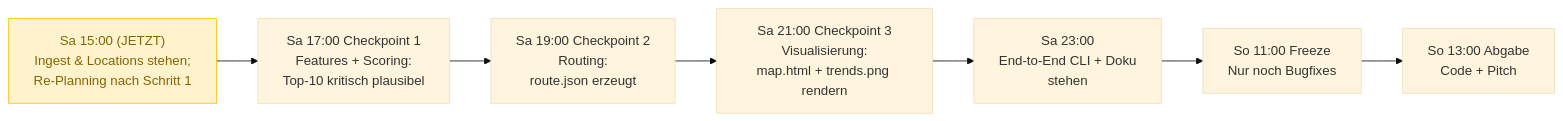
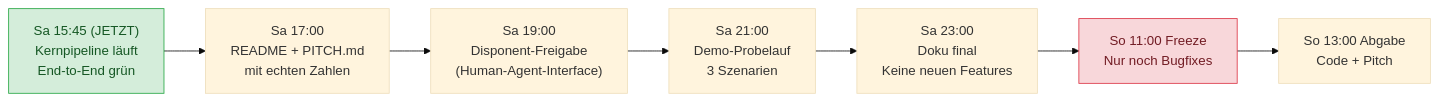
Before and after one commit to smlfg/GlasRoute-PreZero-HHN-FUTURECITYHACKATHON2026: the second of 2 diagrams in docs/STATUS.md, drawn with Mermaid (base theme). The commit also changed other lines of this file and 9 other files, not shown here.

````diff
--- a/docs/STATUS.md
+++ b/docs/STATUS.md
@@ -67,11 +91,12 @@
 ```mermaid
 flowchart LR
-    NOW["Sa 15:00 (JETZT)<br/>Ingest & Locations stehen;<br/>Re-Planning nach Schritt 1"] --> CP1["Sa 17:00 Checkpoint 1<br/>Features + Scoring:<br/>Top-10 kritisch plausibel"]
-    CP1 --> CP2["Sa 19:00 Checkpoint 2<br/>Routing:<br/>route.json erzeugt"]
-    CP2 --> CP3["Sa 21:00 Checkpoint 3<br/>Visualisierung:<br/>map.html + trends.png rendern"]
-    CP3 --> CORE["Sa 23:00<br/>End-to-End CLI + Doku<br/>stehen"]
+    NOW["Sa 15:45 (JETZT)<br/>Kernpipeline läuft<br/>End-to-End grün"] --> DOCS["Sa 17:00<br/>README + PITCH.md<br/>mit echten Zahlen"]
+    DOCS --> HAI["Sa 19:00<br/>Disponent-Freigabe<br/>(Human-Agent-Interface)"]
+    HAI --> DRY["Sa 21:00<br/>Demo-Probelauf<br/>3 Szenarien"]
+    DRY --> CORE["Sa 23:00<br/>Doku final<br/>Keine neuen Features"]
     CORE --> FREEZE["So 11:00 Freeze<br/>Nur noch Bugfixes"]
     FREEZE --> SUB["So 13:00 Abgabe<br/>Code + Pitch"]
 
-    style NOW fill:#fff3cd,stroke:#ffc107,color:#856404
+    style NOW fill:#d4edda,stroke:#28a745,color:#155724
+    style FREEZE fill:#f8d7da,stroke:#dc3545,color:#721c24
 ```
````
